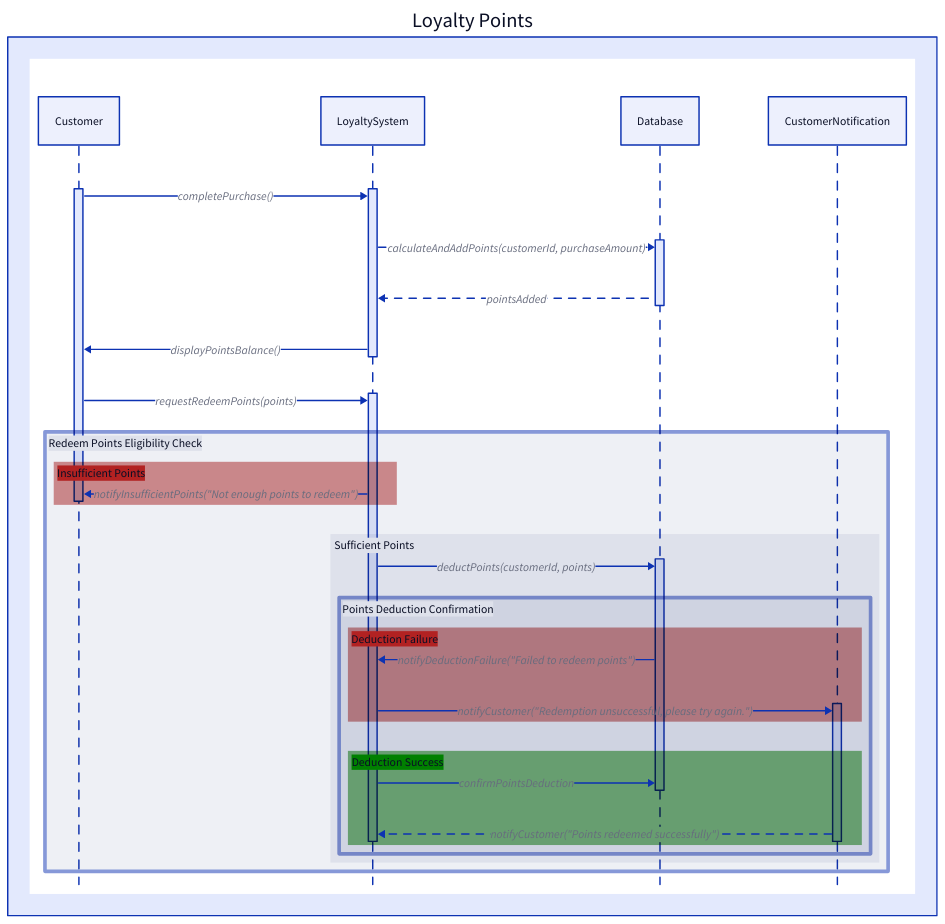
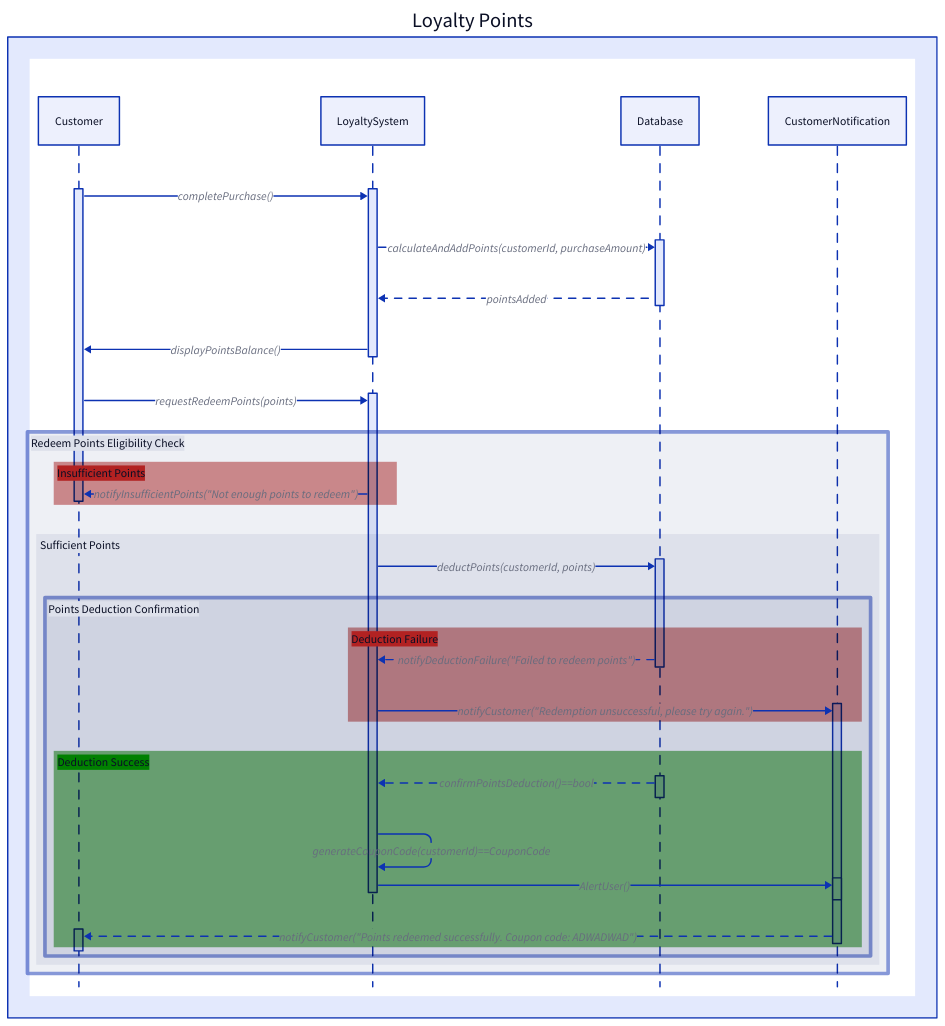
The diagram in documentation/diagrams/action-sequence/loyalty-points.d2 (Arqamz/hawktu-logistics), drawn with D2 before and after one commit. The commit also changed 8 other files, not shown here.

Commit message:
Added action sequence diagrams and modified index.html

```diff
--- a/documentation/diagrams/action-sequence/loyalty-points.d2
+++ b/documentation/diagrams/action-sequence/loyalty-points.d2
@@ -1,54 +1,58 @@
 Loyalty Points: {
-    
   label: "Loyalty Points"
 
-  "" : {
-
+  "": {
     shape: sequence_diagram
 
     Customer.t1: actor
     LoyaltySystem.t1: actor
     Database.t1: actor
     CustomerNotification
 
     Customer.t1 -> LoyaltySystem.t1: completePurchase()
     LoyaltySystem.t1 -> Database.t1: calculateAndAddPoints(customerId, purchaseAmount) {
       style.stroke-dash: 5
     }
     LoyaltySystem.t1 <- Database.t1: pointsAdded {
       style.stroke-dash: 5
     }
     Customer.t1 <- LoyaltySystem.t1: displayPointsBalance()
 
     Customer.t1 -> LoyaltySystem.t2: requestRedeemPoints(points)
 
     alt label: "Redeem Points Eligibility Check" {
       style.stroke-width: 5
 
       if label: "Insufficient Points" {
         style.fill: firebrick
-        LoyaltySystem.t2 -> Customer.t1: notifyInsufficientPoints("Not enough points to redeem") 
+        LoyaltySystem.t2 -> Customer.t1: notifyInsufficientPoints("Not enough points to redeem")
       }
       else label: "Sufficient Points" {
         LoyaltySystem.t2 -> Database.t2: deductPoints(customerId, points)
-        
+
         alt1 label: "Points Deduction Confirmation" {
           style.stroke-width: 5
 
           if label: "Deduction Failure" {
             style.fill: firebrick
-            Database.t2 -> LoyaltySystem.t2: notifyDeductionFailure("Failed to redeem points")
+            Database.t2 -> LoyaltySystem.t2: notifyDeductionFailure("Failed to redeem points") {
+              style.stroke-dash: 5
+            }
             LoyaltySystem.t2 -> CustomerNotification.t2: notifyCustomer("Redemption unsuccessful, please try again.")
           }
           else label: "Deduction Success" {
             style.fill: green
-            Database.t2 <- LoyaltySystem.t2: confirmPointsDeduction
-            CustomerNotification.t2 -> LoyaltySystem.t2: notifyCustomer("Points redeemed successfully") {
+            Database.t3 -> LoyaltySystem.t2: confirmPointsDeduction()==bool {
+              style.stroke-dash: 5
+            }
+            LoyaltySystem.t2 -> LoyaltySystem.t2: generateCouponCode(customerId)==CouponCode
+            CustomerNotification.t4 <- LoyaltySystem.t2: AlertUser()
+            CustomerNotification.t2 -> Customer.t2: notifyCustomer("Points redeemed successfully. Coupon code: ADWADWAD") {
               style.stroke-dash: 5
             }
           }
         }
       }
     }
   }
 }
```
